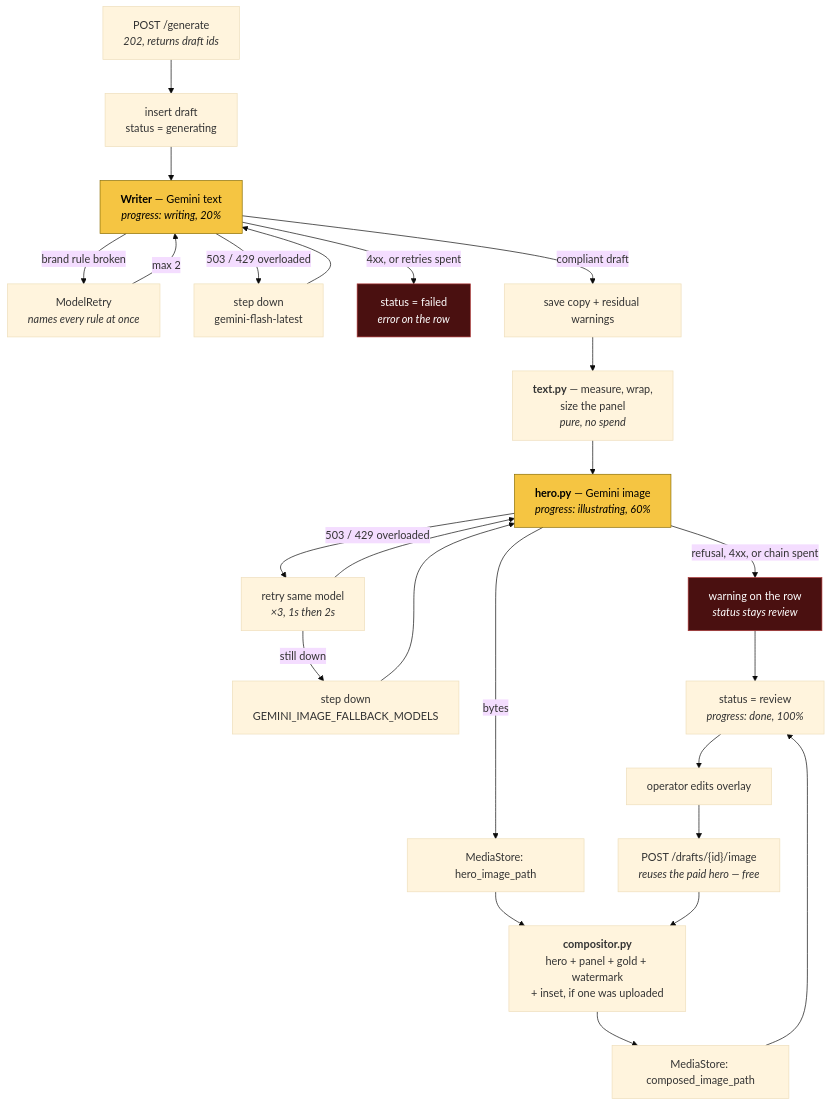
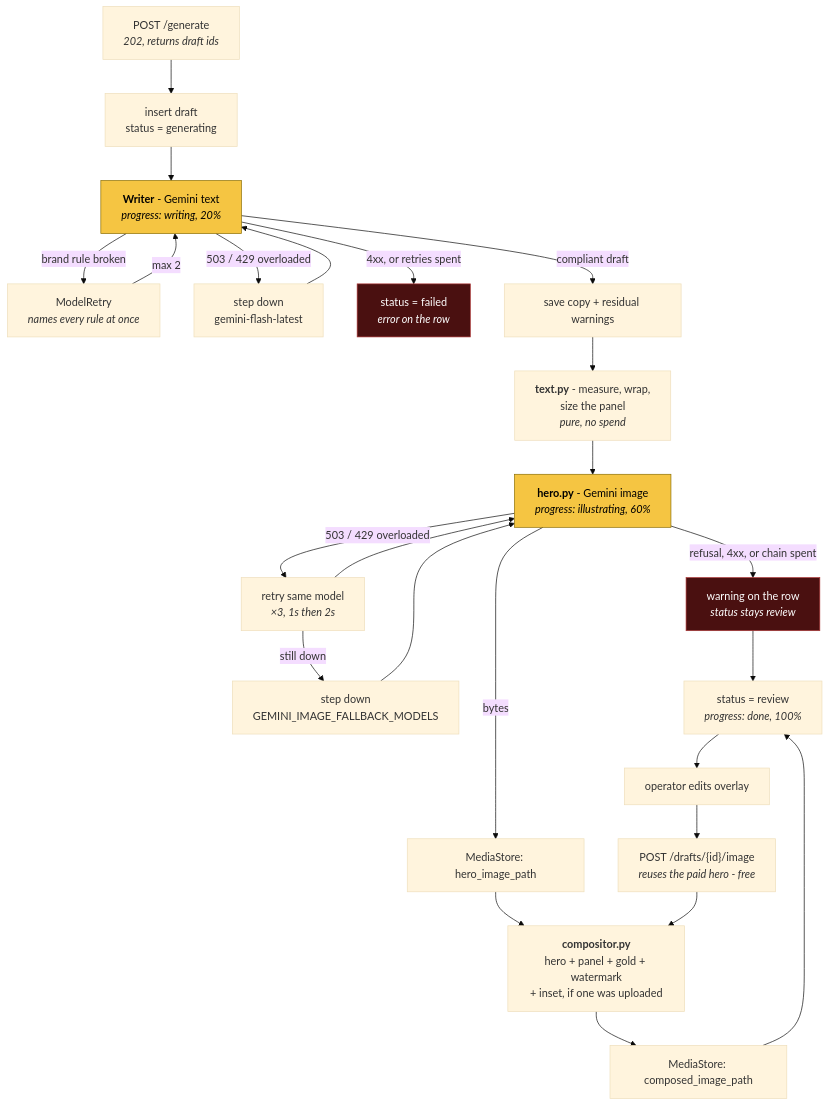
One commit to nauqh/fb-agent changed the diagram in docs/design.md. Above: the diagram before and after it, drawn with Mermaid (base theme). The commit also changed other lines of this file and 189 other files, not shown here.

````diff
--- a/docs/design.md
+++ b/docs/design.md
@@ -248,35 +248,35 @@
 ```mermaid
 flowchart TD
     Start["POST /generate<br/><i>202, returns draft ids</i>"] --> Row["insert draft<br/>status = generating"]
-    Row --> Write["<b>Writer</b> — Gemini text<br/><i>progress: writing, 20%</i>"]
+    Row --> Write["<b>Writer</b> - Gemini text<br/><i>progress: writing, 20%</i>"]
 
     Write -->|"brand rule broken"| Retry["ModelRetry<br/><i>names every rule at once</i>"]
     Retry -->|"max 2"| Write
     Write -->|"503 / 429 overloaded"| Fallback["step down<br/>gemini-flash-latest"]
     Fallback --> Write
     Write -->|"4xx, or retries spent"| Failed["status = failed<br/><i>error on the row</i>"]
 
     Write -->|"compliant draft"| Save["save copy + residual warnings"]
-    Save --> Plan["<b>text.py</b> — measure, wrap,<br/>size the panel<br/><i>pure, no spend</i>"]
-    Plan --> Hero["<b>hero.py</b> — Gemini image<br/><i>progress: illustrating, 60%</i>"]
+    Save --> Plan["<b>text.py</b> - measure, wrap,<br/>size the panel<br/><i>pure, no spend</i>"]
+    Plan --> Hero["<b>hero.py</b> - Gemini image<br/><i>progress: illustrating, 60%</i>"]
 
     Hero -->|"503 / 429 overloaded"| HeroRetry["retry same model<br/><i>×3, 1s then 2s</i>"]
     HeroRetry -->|"still down"| HeroFallback["step down<br/>GEMINI_IMAGE_FALLBACK_MODELS"]
     HeroRetry --> Hero
     HeroFallback --> Hero
     Hero -->|"refusal, 4xx, or chain spent"| Warn["warning on the row<br/><i>status stays review</i>"]
     Hero -->|"bytes"| StoreHero["MediaStore: hero_image_path"]
     StoreHero --> Composite["<b>compositor.py</b><br/>hero + panel + gold + watermark<br/>+ inset, if one was uploaded"]
     Composite --> StoreOut["MediaStore: composed_image_path"]
 
     StoreOut --> Review["status = review<br/><i>progress: done, 100%</i>"]
     Warn --> Review
     Review --> Edit["operator edits overlay"]
-    Edit --> Recompose["POST /drafts/{id}/image<br/><i>reuses the paid hero — free</i>"]
+    Edit --> Recompose["POST /drafts/{id}/image<br/><i>reuses the paid hero - free</i>"]
     Recompose --> Composite
 
     classDef paid fill:#F5C542,stroke:#8a6d00,color:#000
     classDef bad fill:#4a1010,stroke:#a33,color:#fff
     class Write,Hero paid
     class Failed,Warn bad
 ```
````
